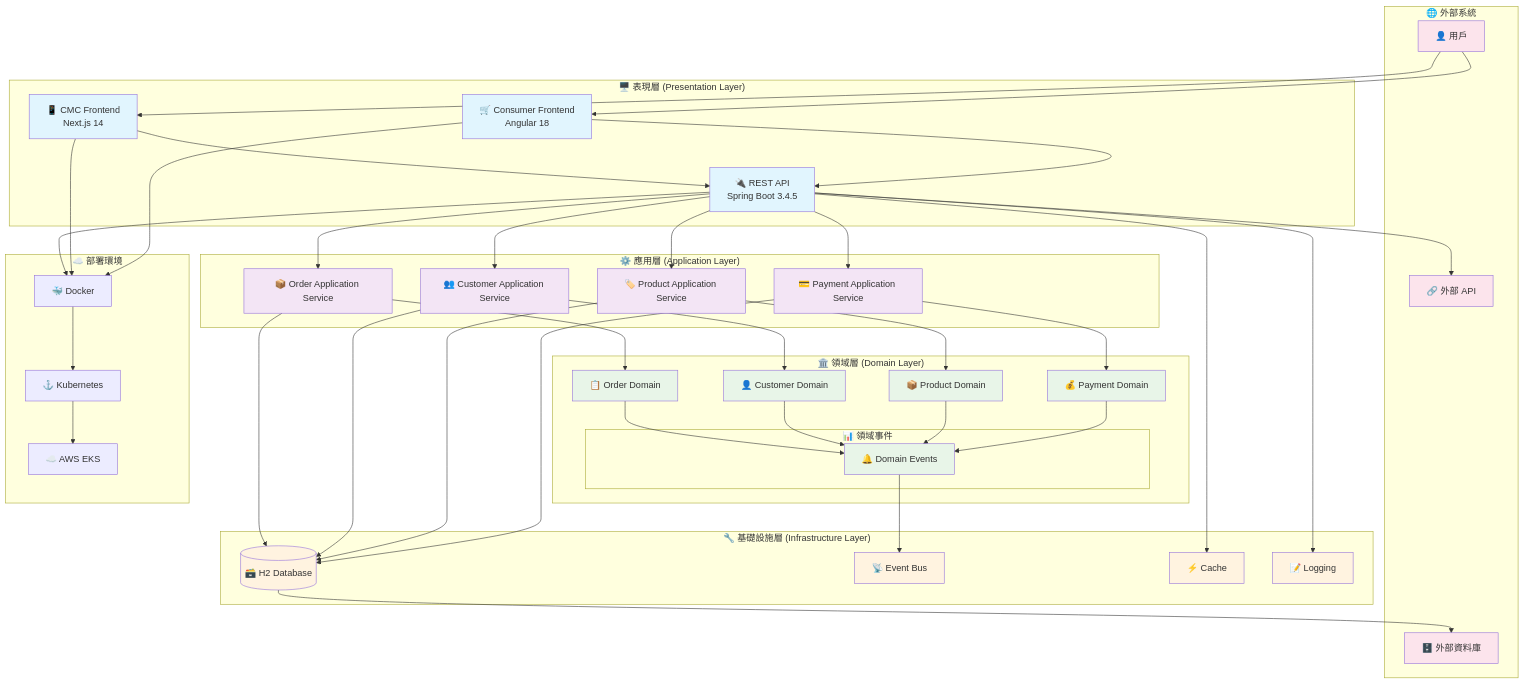
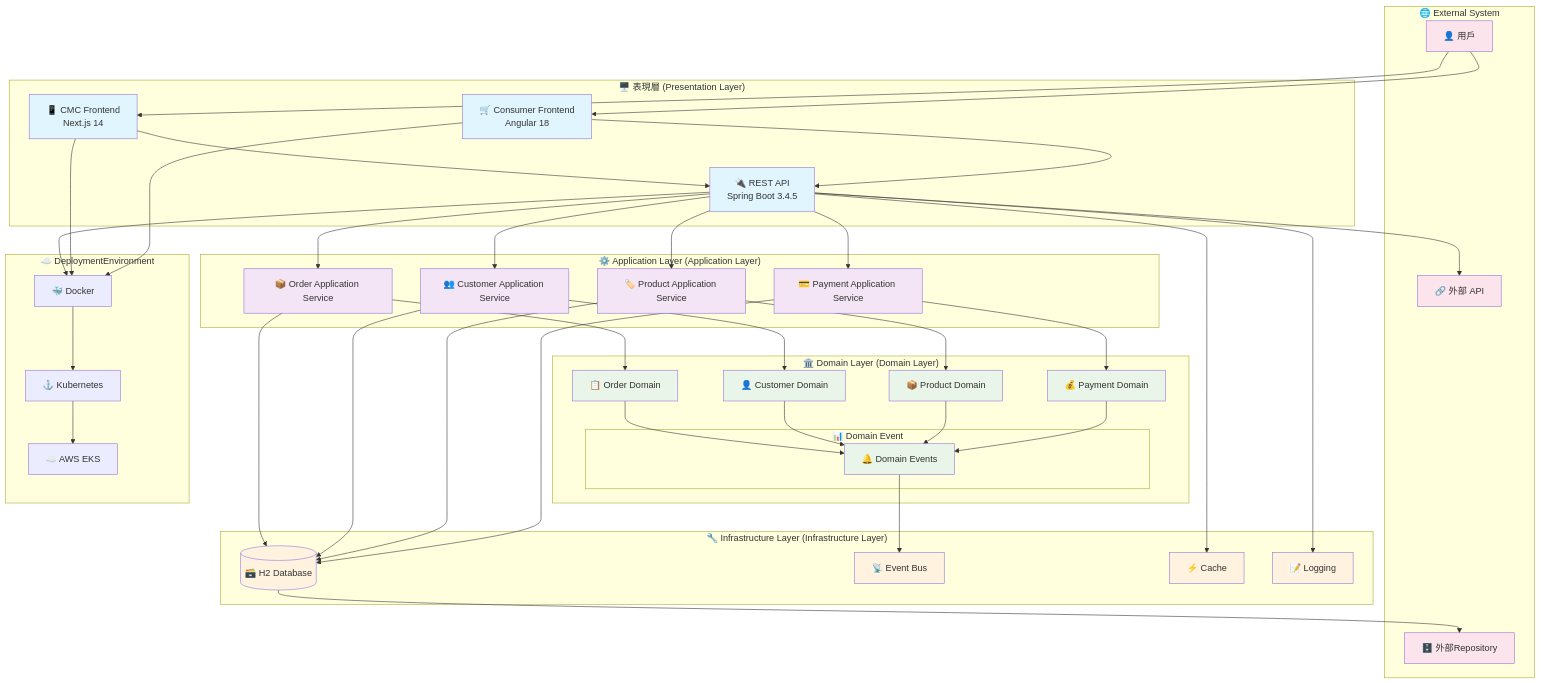
The diagram in docs/en/diagrams/mermaid/architecture-overview.md (humank/genai-demo), drawn with Mermaid before and after one commit. The commit also changed other lines of this file and 583 other files, not shown here.

````diff
--- a/docs/en/diagrams/mermaid/architecture-overview.md
+++ b/docs/en/diagrams/mermaid/architecture-overview.md
@@ -10,9 +8,9 @@
 ```mermaid
 graph TB
-    subgraph "🌐 外部系統"
+    subgraph "🌐 External System"
         USER[👤 用戶]
         EXTERNAL[🔗 外部 API]
-        DB_EXTERNAL[🗄️ 外部資料庫]
+        DB_EXTERNAL[🗄️ 外部Repository]
     end
     
     subgraph "🖥️ 表現層 (Presentation Layer)"
@@ -21,32 +19,32 @@
         API[🔌 REST API<br/>Spring Boot 3.4.5]
     end
     
-    subgraph "⚙️ 應用層 (Application Layer)"
+    subgraph "⚙️ Application Layer (Application Layer)"
         ORDER_APP[📦 Order Application Service]
         CUSTOMER_APP[👥 Customer Application Service]
         PRODUCT_APP[🏷️ Product Application Service]
         PAYMENT_APP[💳 Payment Application Service]
     end
     
-    subgraph "🏛️ 領域層 (Domain Layer)"
+    subgraph "🏛️ Domain Layer (Domain Layer)"
         ORDER_DOM[📋 Order Domain]
         CUSTOMER_DOM[👤 Customer Domain]
         PRODUCT_DOM[📦 Product Domain]
         PAYMENT_DOM[💰 Payment Domain]
         
-        subgraph "📊 領域事件"
+        subgraph "📊 Domain Event"
             EVENTS[🔔 Domain Events]
         end
     end
     
-    subgraph "🔧 基礎設施層 (Infrastructure Layer)"
+    subgraph "🔧 Infrastructure Layer (Infrastructure Layer)"
         H2_DB[(🗃️ H2 Database)]
         EVENT_BUS[📡 Event Bus]
         CACHE[⚡ Cache]
         LOGGING[📝 Logging]
     end
     
-    subgraph "☁️ 部署環境"
+    subgraph "☁️ DeploymentEnvironment"
         DOCKER[🐳 Docker]
         K8S[⚓ Kubernetes]
         AWS[☁️ AWS EKS]
@@ -60,19 +58,19 @@
     CMC --> API
     CONSUMER --> API
     
-    %% API 到應用層
+    %% API 到Application Layer
     API --> ORDER_APP
     API --> CUSTOMER_APP
     API --> PRODUCT_APP
     API --> PAYMENT_APP
     
-    %% 應用層到領域層
+    %% Application Layer到Domain Layer
     ORDER_APP --> ORDER_DOM
     CUSTOMER_APP --> CUSTOMER_DOM
     PRODUCT_APP --> PRODUCT_DOM
     PAYMENT_APP --> PAYMENT_DOM
     
-    %% 領域事件
+    %% Domain Event
     ORDER_DOM --> EVENTS
     CUSTOMER_DOM --> EVENTS
     PRODUCT_DOM --> EVENTS
@@ -88,11 +86,11 @@
     API --> CACHE
     API --> LOGGING
     
-    %% 外部系統
+    %% External System
     API --> EXTERNAL
     H2_DB --> DB_EXTERNAL
     
-    %% 部署
+    %% Deployment
     API --> DOCKER
     CMC --> DOCKER
     CONSUMER --> DOCKER
````
